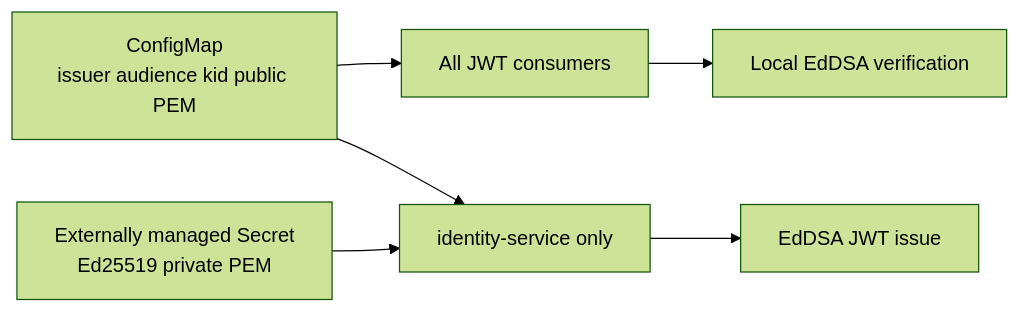
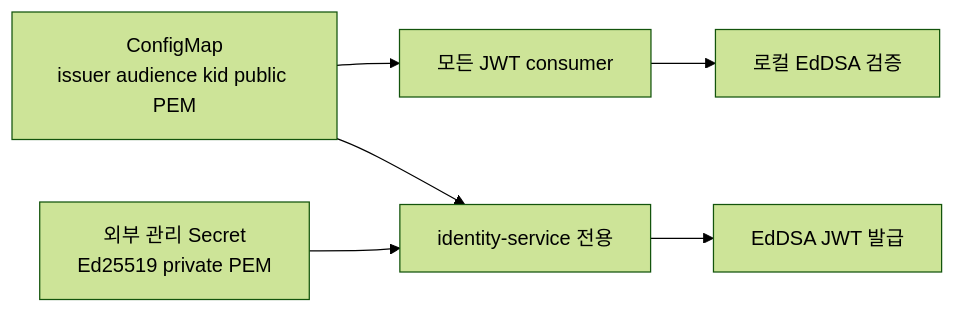
Before and after one commit to kim-sung-sig/discord-clone: the diagram in docs/superpowers/specs/2026-07-30-kubernetes-jwt-config-delivery-design.md, drawn with Mermaid (forest theme). The commit also changed other lines of this file, not shown here.

Commit message:
docs: write Kubernetes JWT config design in Korean

````diff
--- a/docs/superpowers/specs/2026-07-30-kubernetes-jwt-config-delivery-design.md
+++ b/docs/superpowers/specs/2026-07-30-kubernetes-jwt-config-delivery-design.md
@@ -23,8 +23,8 @@
 ```mermaid
 flowchart LR
-  CM[ConfigMap\nissuer audience kid public PEM] --> C[All JWT consumers]
-  S[Externally managed Secret\nEd25519 private PEM] --> I[identity-service only]
+  CM[ConfigMap\nissuer audience kid public PEM] --> C[모든 JWT consumer]
+  S[외부 관리 Secret\nEd25519 private PEM] --> I[identity-service 전용]
   CM --> I
-  C --> V[Local EdDSA verification]
-  I --> T[EdDSA JWT issue]
+  C --> V[로컬 EdDSA 검증]
+  I --> T[EdDSA JWT 발급]
 ```
````
